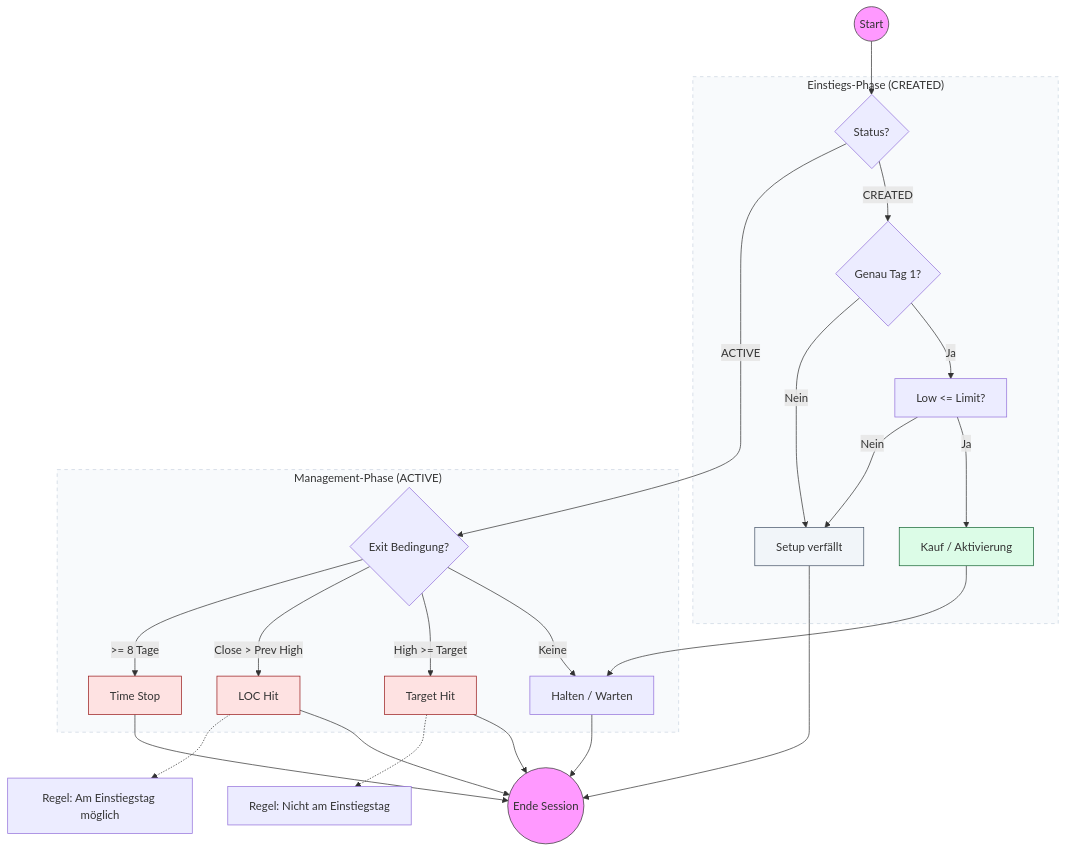
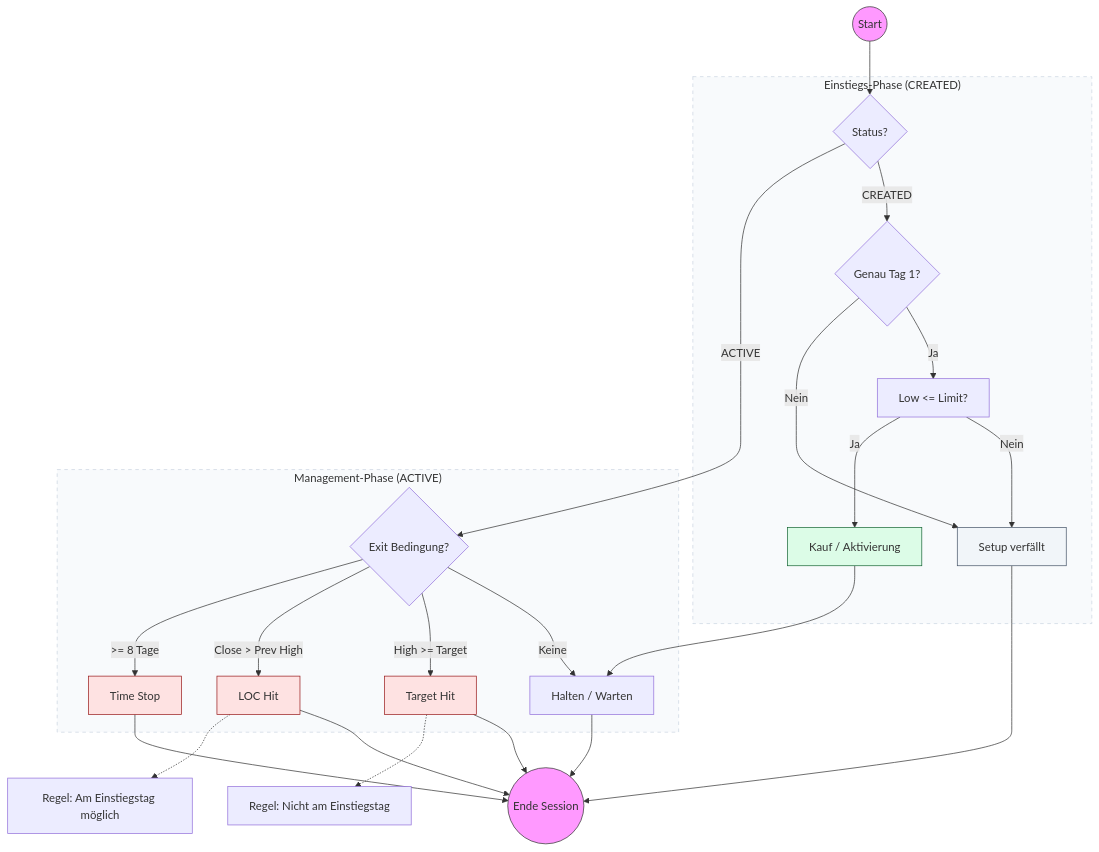
The diagram in .agents/skills/strategy-screener/playbook/dip_buyer.md (fxhuhn/croc-trader), drawn with Mermaid before and after one commit. The commit also changed 5 other files, not shown here.

Commit message:
fix: normalize mermaid graph syntax

````diff
--- a/.agents/skills/strategy-screener/playbook/dip_buyer.md
+++ b/.agents/skills/strategy-screener/playbook/dip_buyer.md
@@ -36,45 +36,45 @@
 ```mermaid
 graph TD
-    Start((Start)) --> Status{Status?}
+    Start((Start)) --> Status{"Status?"}
 
     subgraph Setup ["Einstiegs-Phase (CREATED)"]
-    Status -- CREATED --> DayCheck{Genau Tag 1?}
+    Status -- CREATED --> DayCheck{"Genau Tag 1?"}
     DayCheck -- Ja --> LimitCheck["Low <= Limit?"]
-    LimitCheck -- Ja --> Buy[Kauf / Aktivierung]
     DayCheck -- Nein --> Inval[Setup verfällt]
     LimitCheck -- Nein --> Inval
+    LimitCheck -- Ja --> Buy[Kauf / Aktivierung]
     end
 
     subgraph Management ["Management-Phase (ACTIVE)"]
-    Status -- ACTIVE --> ExitCheck{Exit Bedingung?}
+    Status -- ACTIVE --> ExitCheck{"Exit Bedingung?"}
     ExitCheck -- "Keine" --> Hold[Halten / Warten]
     ExitCheck -- "High >= Target" --> ExitTarget[Target Hit]
     ExitCheck -- "Close > Prev High" --> ExitLOC[LOC Hit]
     ExitCheck -- ">= 8 Tage" --> ExitTime[Time Stop]
     end
 
     %% Logische Verbindungen
     Buy --> Hold
 
     %% Zusammenführung der Endzustände zur Vermeidung von Überkreuzungen
     Hold --> Finish((Ende Session))
     ExitTarget --> Finish
     ExitLOC --> Finish
     ExitTime --> Finish
     Inval --> Finish
 
     %% Regeln als Tooltips/Anmerkungen seitlich
     ExitTarget -.-> Rule1["Regel: Nicht am Einstiegstag"]
     ExitLOC -.-> Rule2["Regel: Am Einstiegstag möglich"]
 
     %% Styling
     style Start fill:#f9f,stroke:#333
     style Finish fill:#f9f,stroke:#333
     style Buy fill:#dcfce7,stroke:#166534
     style ExitLOC fill:#fee2e2,stroke:#991b1b
     style ExitTarget fill:#fee2e2,stroke:#991b1b
     style ExitTime fill:#fee2e2,stroke:#991b1b
     style Inval fill:#f1f5f9,stroke:#475569
     style Setup fill:#f8fafc,stroke:#cbd5e1,stroke-dasharray: 5 5
     style Management fill:#f8fafc,stroke:#cbd5e1,stroke-dasharray: 5 5
 ```
````
